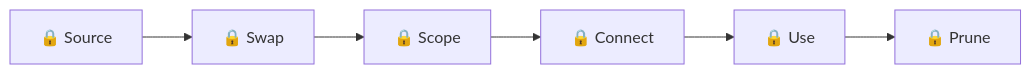
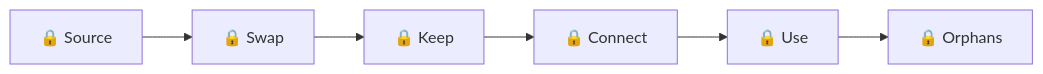
One commit to Colorado-Startups/claudius changed the third of 5 diagrams in maps/README.md. Above: the diagram before and after it, drawn with Mermaid. The commit also changed other lines of this file and 7 other files, not shown here.

````diff
--- a/maps/README.md
+++ b/maps/README.md
@@ -39,4 +39,4 @@
 ```mermaid
 flowchart LR
-  source["🔒 Source"] --> swap["🔒 Swap"] --> scope["🔒 Scope"] --> connect["🔒 Connect"] --> use["🔒 Use"] --> prune["🔒 Prune"]
+  source["🔒 Source"] --> swap["🔒 Swap"] --> scope["🔒 Keep"] --> connect["🔒 Connect"] --> use["🔒 Use"] --> prune["🔒 Orphans"]
 ```
````
